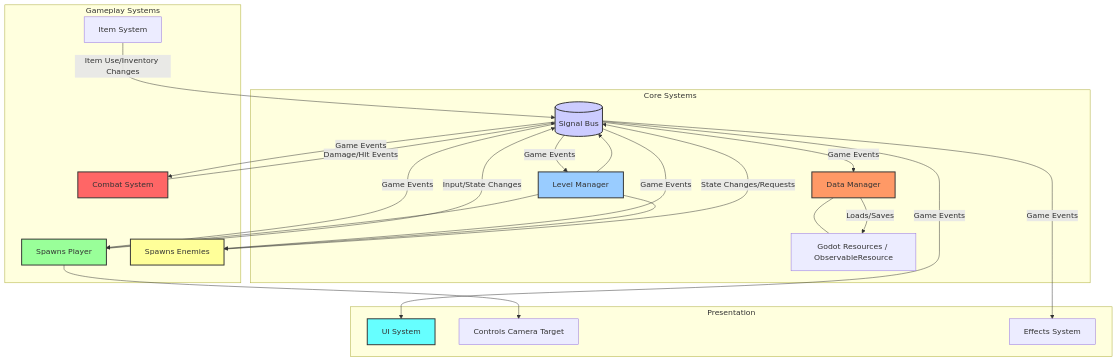
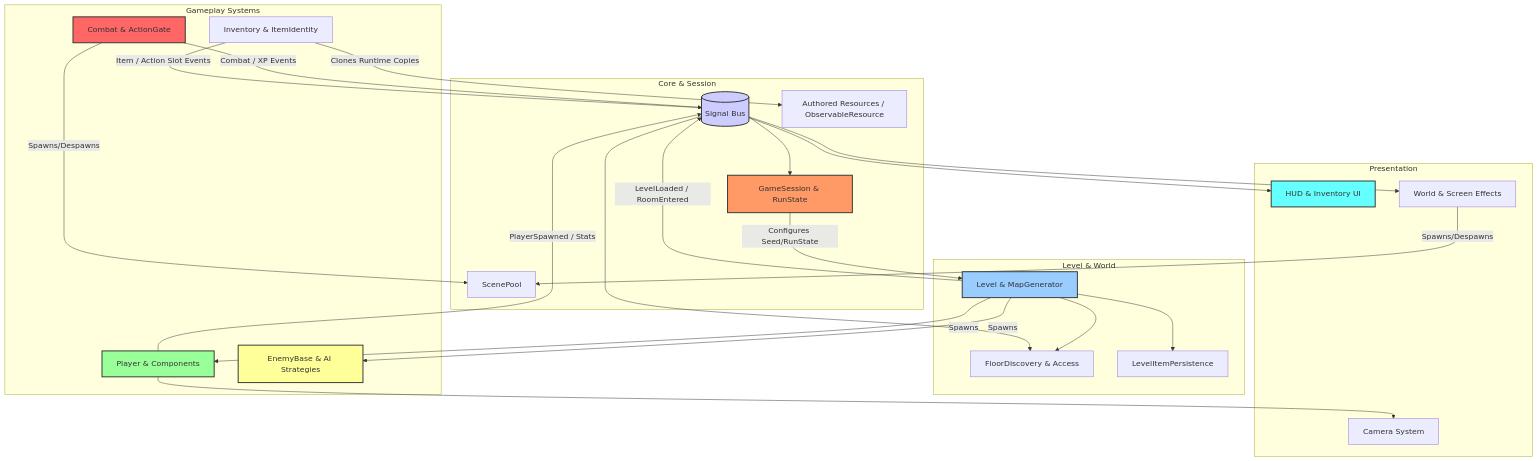
Before and after one commit to arabold/rogue-gauntlet: the diagram in ARCHITECTURE.md, drawn with Mermaid. The commit also changed other lines of this file and 1 other file, not shown here.

Commit message:
docs: align ARCHITECTURE.md and README.md with C# architecture guidelines
- Update Core Architectural Principles and the System Overview Mermaid diagram in ARCHITECTURE.md to reflect Composition/Strategy/Factory, Editor-first [Export] authoring, the Three-Tier Notification Model, ScenePool, and GameSession/RunState/LevelItemPersistence (replacing the stale DataManager reference).
- Add /tests and godot-csharp skill references to ARCHITECTURE.md and README.md.

````diff
--- a/ARCHITECTURE.md
+++ b/ARCHITECTURE.md
@@ -19,54 +21,61 @@
 ```mermaid
 graph TD
-    subgraph Core Systems
+    subgraph Core & Session
         SignalBus[(Signal Bus)]
-        LevelManager[Level Manager]
-        DataManager[Data Manager] --- Resource[Godot Resources / ObservableResource]
+        GameSession[GameSession & RunState]
+        ScenePool[ScenePool]
+        Resources[Authored Resources / ObservableResource]
+    end
+
+    subgraph Level & World
+        Level[Level & MapGenerator]
+        FloorDiscovery[FloorDiscovery & Access]
+        ItemPersistence[LevelItemPersistence]
     end
 
     subgraph Gameplay Systems
-        PlayerController[Player Controller]
-        CombatSystem[Combat System]
-        EnemyAI[Enemy AI]
-        ItemSystem[Item System]
+        Player[Player & Components]
+        CombatSystem[Combat & ActionGate]
+        EnemyAI[EnemyBase & AI Strategies]
+        ItemSystem[Inventory & ItemIdentity]
     end
 
     subgraph Presentation
-        UISystem[UI System]
+        UISystem[HUD & Inventory UI]
         CameraSystem[Camera System]
-        EffectsSystem[Effects System]
+        EffectsSystem[World & Screen Effects]
     end
 
-    %% Core Interactions
-    LevelManager --> SignalBus
-    DataManager -- Loads/Saves --> Resource
+    %% Session & Level Flow
+    GameSession -- Configures Seed/RunState --> Level
+    Level --> FloorDiscovery
+    Level --> ItemPersistence
+    Level -- Spawns --> Player
+    Level -- Spawns --> EnemyAI
 
-    %% Gameplay Interactions via SignalBus
-    PlayerController -- Input/State Changes --> SignalBus
-    CombatSystem -- Damage/Hit Events --> SignalBus
-    EnemyAI -- State Changes/Requests --> SignalBus
-    ItemSystem -- Item Use/Inventory Changes --> SignalBus
+    %% Resource & Pool Usage
+    ItemSystem -- Clones Runtime Copies --> Resources
+    CombatSystem -- Spawns/Despawns --> ScenePool
+    EffectsSystem -- Spawns/Despawns --> ScenePool
 
-    %% Systems Reacting to SignalBus Events
-    SignalBus -- Game Events --> UISystem
-    SignalBus -- Game Events --> PlayerController
-    SignalBus -- Game Events --> CombatSystem
-    SignalBus -- Game Events --> EnemyAI
-    SignalBus -- Game Events --> EffectsSystem
-    SignalBus -- Game Events --> DataManager
-    SignalBus -- Game Events --> LevelManager
+    %% Cross-System Notifications via SignalBus
+    Level -- LevelLoaded / RoomEntered --> SignalBus
+    Player -- PlayerSpawned / Stats --> SignalBus
+    CombatSystem -- Combat / XP Events --> SignalBus
+    ItemSystem -- Item / Action Slot Events --> SignalBus
 
-    %% Direct Interactions (Examples)
-    PlayerController --> CameraSystem[Controls Camera Target]
-    LevelManager --> EnemyAI[Spawns Enemies]
-    LevelManager --> PlayerController[Spawns Player]
+    %% Systems Reacting to SignalBus
+    SignalBus --> UISystem
+    SignalBus --> EffectsSystem
+    SignalBus --> FloorDiscovery
+    SignalBus --> GameSession
+    Player --> CameraSystem
 
-    %% Style adjustments for clarity
     style SignalBus fill:#ccf,stroke:#333,stroke-width:2px
-    style LevelManager fill:#9cf,stroke:#333,stroke-width:2px
-    style DataManager fill:#f96,stroke:#333,stroke-width:2px
-    style PlayerController fill:#9f9,stroke:#333,stroke-width:2px
+    style GameSession fill:#f96,stroke:#333,stroke-width:2px
+    style Level fill:#9cf,stroke:#333,stroke-width:2px
+    style Player fill:#9f9,stroke:#333,stroke-width:2px
     style CombatSystem fill:#f66,stroke:#333,stroke-width:2px
     style EnemyAI fill:#ff9,stroke:#333,stroke-width:2px
     style UISystem fill:#6ff,stroke:#333,stroke-width:2px
 ```
````
